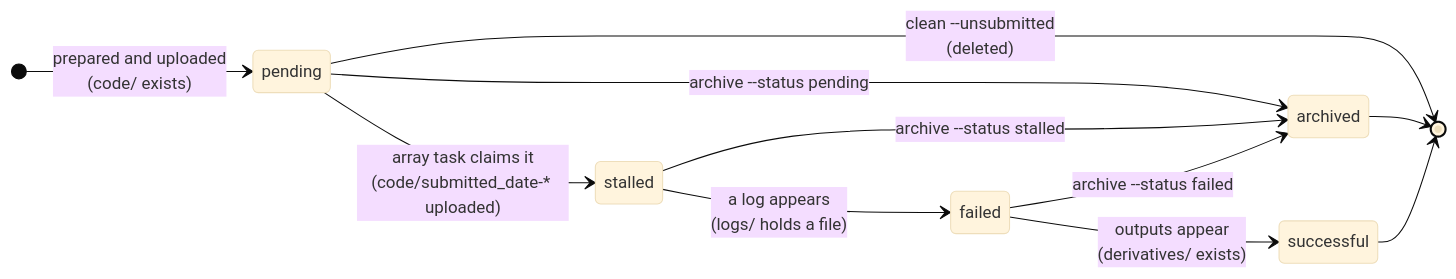
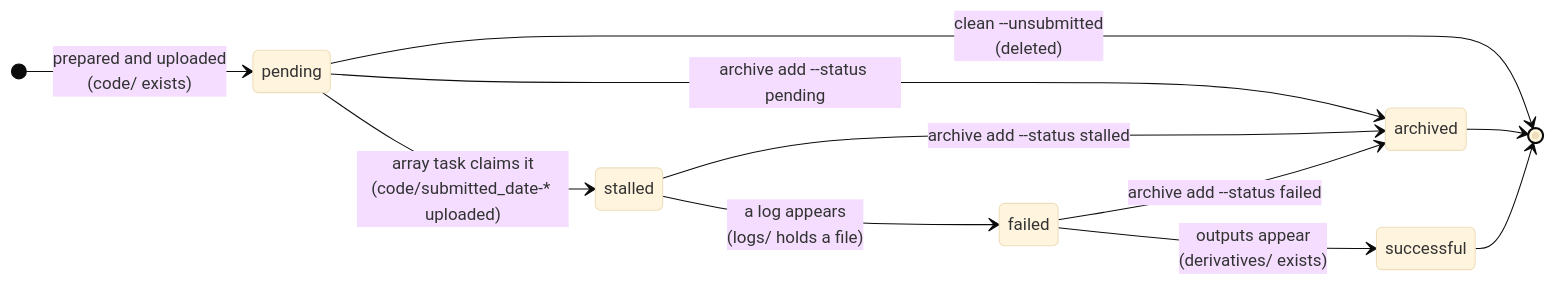
Before and after one commit to dandi-compute/dandi-compute-core: the first of 2 diagrams in docs/job_capsules.md, drawn with Mermaid (base theme). The commit also changed 10 other files, not shown here.

First line of the commit message:
Added a command to delete a pipeline version from the failed runs archive, under a new `archive` group (#371)

````diff
--- a/docs/job_capsules.md
+++ b/docs/job_capsules.md
@@ -110,14 +110,14 @@
 ```mermaid
 stateDiagram-v2
     direction LR
     [*] --> pending: prepared and uploaded<br/>(code/ exists)
     pending --> stalled: array task claims it<br/>(code/submitted_date-* uploaded)
     stalled --> failed: a log appears<br/>(logs/ holds a file)
     failed --> successful: outputs appear<br/>(derivatives/ exists)
     pending --> [*]: clean --unsubmitted<br/>(deleted)
-    pending --> archived: archive --status pending
-    stalled --> archived: archive --status stalled
-    failed --> archived: archive --status failed
+    pending --> archived: archive add --status pending
+    stalled --> archived: archive add --status stalled
+    failed --> archived: archive add --status failed
     archived --> [*]
     successful --> [*]
 ```
````
